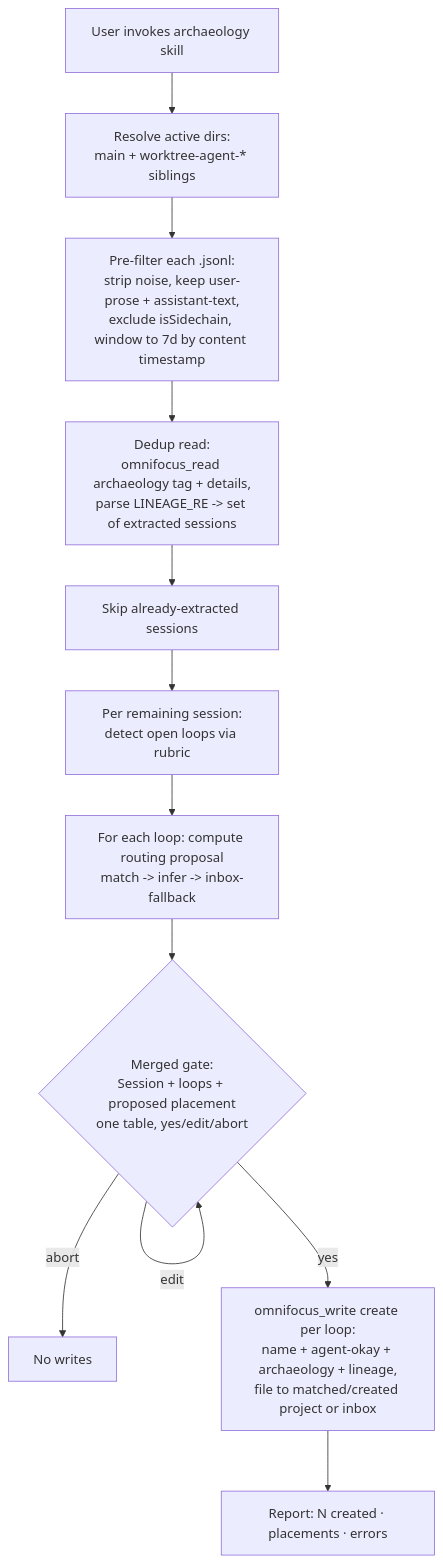
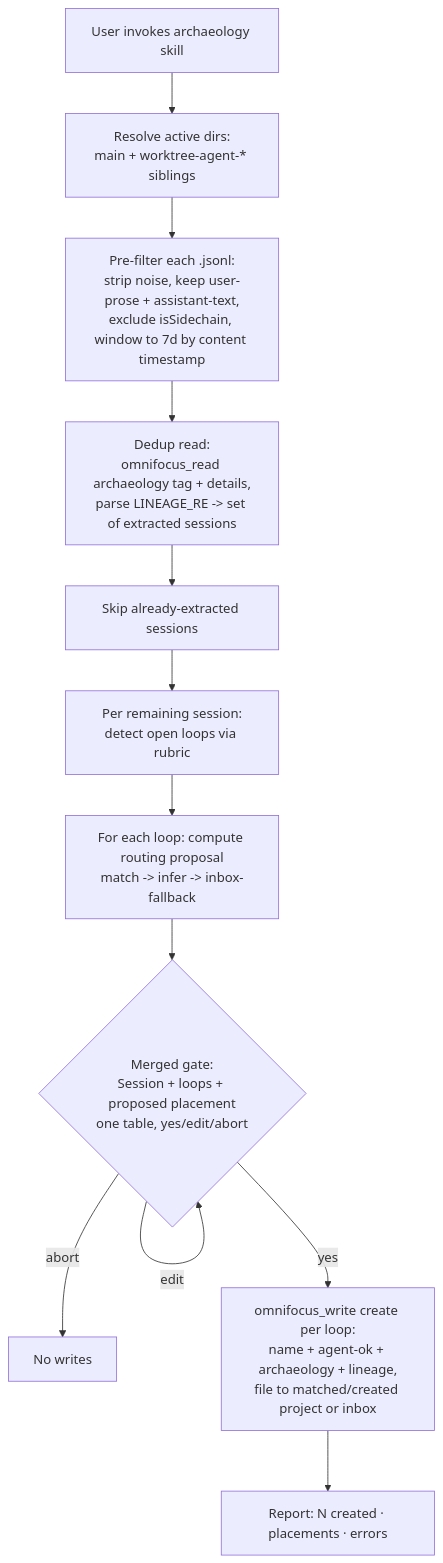
One commit to JesKingDev/omnifocus-mcp changed the diagram in .planning/phases/05-session-archaeology/05-RESEARCH.md. Above: the diagram before and after it, drawn with Mermaid. The commit also changed other lines of this file and 67 other files, not shown here.

First line of the commit message:
refactor: standardize tag name agent-okay → agent-ok

````diff
--- a/.planning/phases/05-session-archaeology/05-RESEARCH.md
+++ b/.planning/phases/05-session-archaeology/05-RESEARCH.md
@@ -355,14 +354,14 @@
 ```mermaid
 flowchart TD
   A[User invokes archaeology skill] --> B[Resolve active dirs:<br/>main + worktree-agent-* siblings]
   B --> C[Pre-filter each .jsonl:<br/>strip noise, keep user-prose + assistant-text,<br/>exclude isSidechain, window to 7d by content timestamp]
   C --> D[Dedup read:<br/>omnifocus_read archaeology tag + details,<br/>parse LINEAGE_RE -> set of extracted sessions]
   D --> E[Skip already-extracted sessions]
   E --> F[Per remaining session:<br/>detect open loops via rubric]
   F --> G[For each loop: compute routing proposal<br/>match -> infer -> inbox-fallback]
   G --> H{Merged gate:<br/>Session + loops + proposed placement<br/>one table, yes/edit/abort}
   H -->|abort| X[No writes]
   H -->|edit| H
-  H -->|yes| I[omnifocus_write create per loop:<br/>name + agent-okay + archaeology + lineage,<br/>file to matched/created project or inbox]
+  H -->|yes| I[omnifocus_write create per loop:<br/>name + agent-ok + archaeology + lineage,<br/>file to matched/created project or inbox]
   I --> J[Report: N created · placements · errors]
 ```
````
